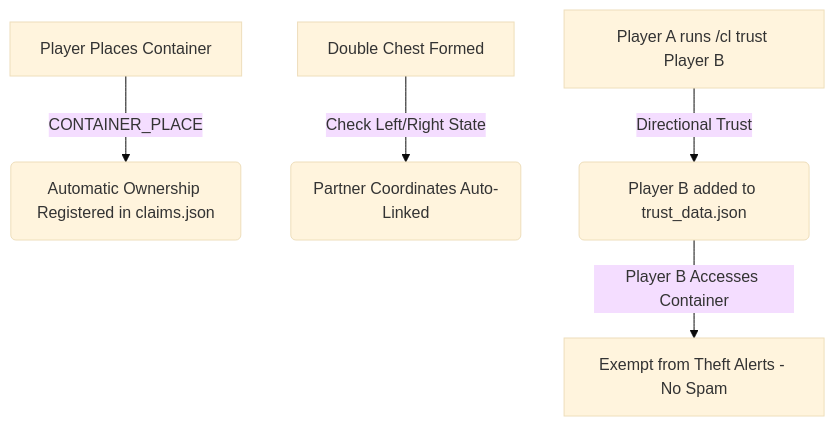
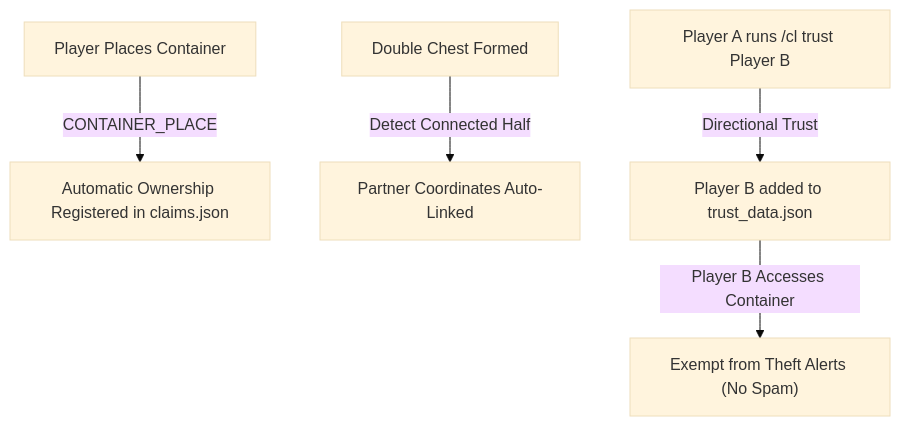
Before and after one commit to Sayanthegamer/Chestlogger-mod: the first of 3 diagrams in docs/MODERATOR_GUIDE.md, drawn with Mermaid (base theme). The commit also changed other lines of this file and 2 other files, not shown here.

Commit message:
docs: add user-friendly player guide and fix GitHub mermaid diagrams

````diff
--- a/docs/MODERATOR_GUIDE.md
+++ b/docs/MODERATOR_GUIDE.md
@@ -211,7 +211,7 @@
 ```mermaid
-graph TD
-    A[Player Places Container] -->|CONTAINER_PLACE| B(Automatic Ownership Registered in claims.json)
-    C[Double Chest Formed] -->|Check Left/Right State| D(Partner Coordinates Auto-Linked)
-    E[Player A runs /cl trust Player B] -->|Directional Trust| F(Player B added to trust_data.json)
-    F -->|Player B Accesses Container| G[Exempt from Theft Alerts - No Spam]
+flowchart TD
+    A["Player Places Container"] -->|CONTAINER_PLACE| B["Automatic Ownership Registered in claims.json"]
+    C["Double Chest Formed"] -->|Detect Connected Half| D["Partner Coordinates Auto-Linked"]
+    E["Player A runs /cl trust Player B"] -->|Directional Trust| F["Player B added to trust_data.json"]
+    F -->|Player B Accesses Container| G["Exempt from Theft Alerts (No Spam)"]
 ```
````
